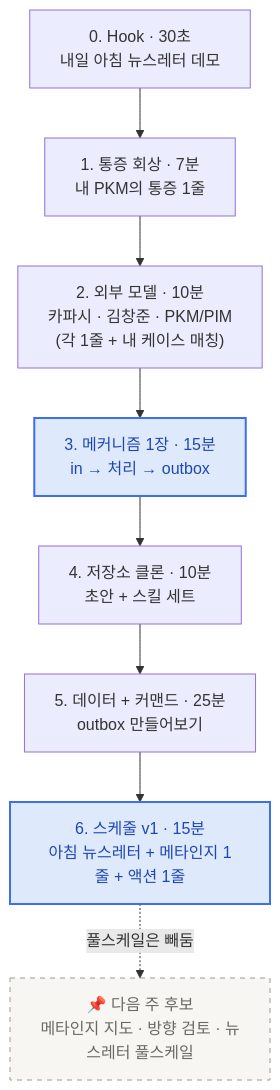
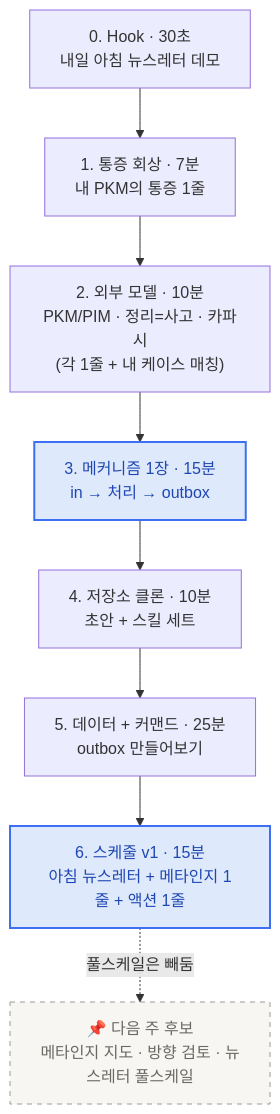
Before and after one commit to effectiveai-io/my-learning-agent: the diagram in content/week2/index.mdx, drawn with Mermaid. The commit also changed other lines of this file and 1 other file, not shown here.

Commit message:
(content/week2) update index.mdx 외 1개

````diff
--- a/content/week2/index.mdx
+++ b/content/week2/index.mdx
@@ -12,19 +12,19 @@
 ```mermaid
 flowchart TD
     Hook["0. Hook · 30초<br/>내일 아침 뉴스레터 데모"]
     S1["1. 통증 회상 · 7분<br/>내 PKM의 통증 1줄"]
-    S2["2. 외부 모델 · 10분<br/>카파시 · 김창준 · PKM/PIM<br/>(각 1줄 + 내 케이스 매칭)"]
+    S2["2. 외부 모델 · 10분<br/>PKM/PIM · 정리=사고 · 카파시<br/>(각 1줄 + 내 케이스 매칭)"]
     S3["3. 메커니즘 1장 · 15분<br/>in → 처리 → outbox"]
     S4["4. 저장소 클론 · 10분<br/>초안 + 스킬 세트"]
     S5["5. 데이터 + 커맨드 · 25분<br/>outbox 만들어보기"]
     S6["6. 스케줄 v1 · 15분<br/>아침 뉴스레터 + 메타인지 1줄 + 액션 1줄"]
     Park["📌 다음 주 후보<br/>메타인지 지도 · 방향 검토 · 뉴스레터 풀스케일"]
 
     Hook --> S1 --> S2 --> S3 --> S4 --> S5 --> S6
     S6 -.->|풀스케일은 빼둠| Park
 
     classDef anchor fill:#dee9fb,stroke:#3d6ff2,stroke-width:2px,color:#1f47b3
     classDef park fill:#f7f6f3,stroke:#9b9a97,stroke-dasharray:5,color:#6b6964
     class S3,S6 anchor
     class Park park
 ```
````
